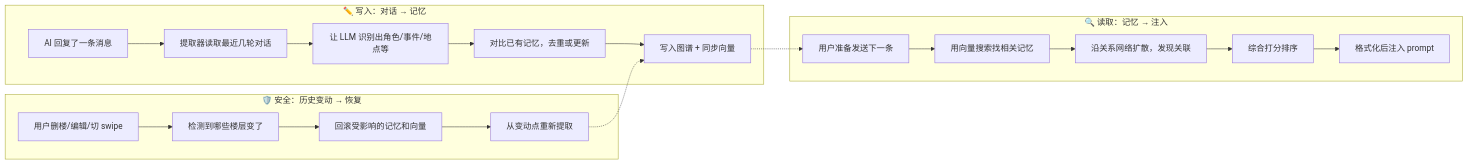
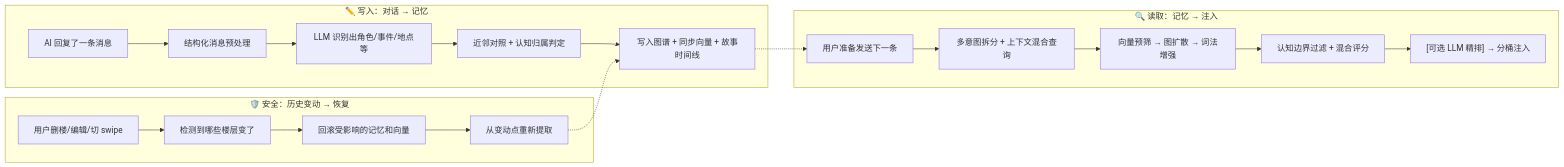
Before and after one commit to Youzini-afk/ST-Bionic-Memory-Ecology: the diagram in README.md, drawn with Mermaid. The commit also changed other lines of this file, not shown here.

````diff
--- a/README.md
+++ b/README.md
@@ -25,25 +27,25 @@
 ```mermaid
 flowchart LR
     subgraph 写入["✏️ 写入：对话 → 记忆"]
-        A["AI 回复了一条消息"] --> B["提取器读取最近几轮对话"]
-        B --> C["让 LLM 识别出角色/事件/地点等"]
-        C --> D["对比已有记忆，去重或更新"]
-        D --> E["写入图谱 + 同步向量"]
+        A["AI 回复了一条消息"] --> B["结构化消息预处理"]
+        B --> C["LLM 识别出角色/事件/地点等"]
+        C --> D["近邻对照 + 认知归属判定"]
+        D --> E["写入图谱 + 同步向量 + 故事时间线"]
     end
 
     subgraph 读取["🔍 读取：记忆 → 注入"]
-        F["用户准备发送下一条"] --> G["用向量搜索找相关记忆"]
-        G --> H["沿关系网络扩散，发现关联"]
-        H --> I["综合打分排序"]
-        I --> J["格式化后注入 prompt"]
+        F["用户准备发送下一条"] --> G["多意图拆分 + 上下文混合查询"]
+        G --> H["向量预筛 → 图扩散 → 词法增强"]
+        H --> I["认知边界过滤 + 混合评分"]
+        I --> J["[可选 LLM 精排] → 分桶注入"]
     end
 
     subgraph 安全["🛡️ 安全：历史变动 → 恢复"]
         K["用户删楼/编辑/切 swipe"] --> L["检测到哪些楼层变了"]
         L --> M["回滚受影响的记忆和向量"]
         M --> N["从变动点重新提取"]
     end
 
     E -.-> F
     N -.-> E
 ```
````
